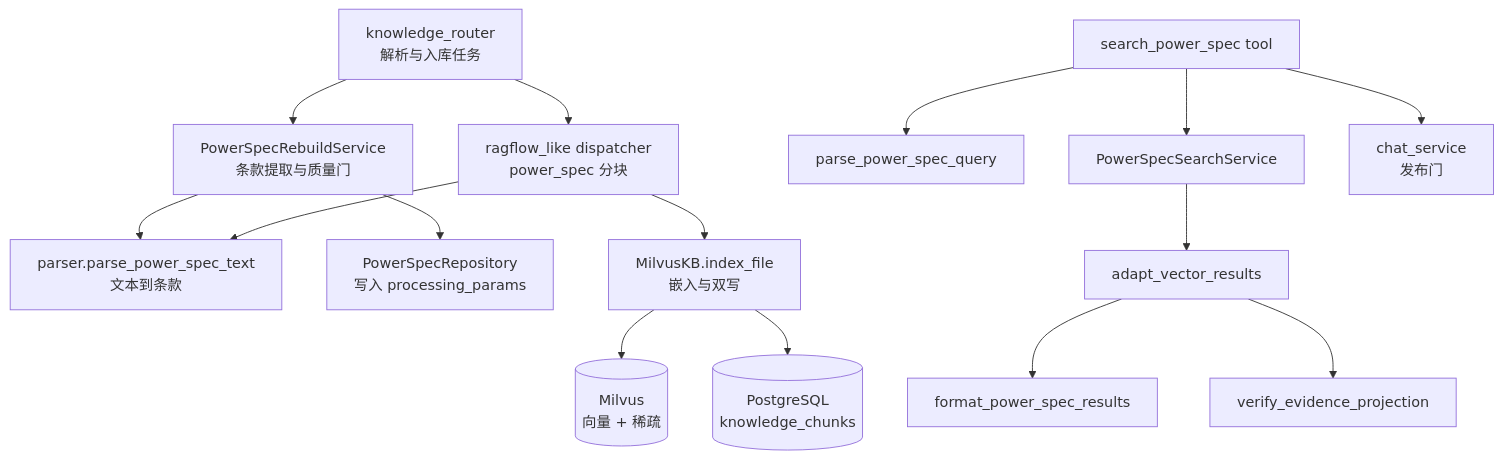
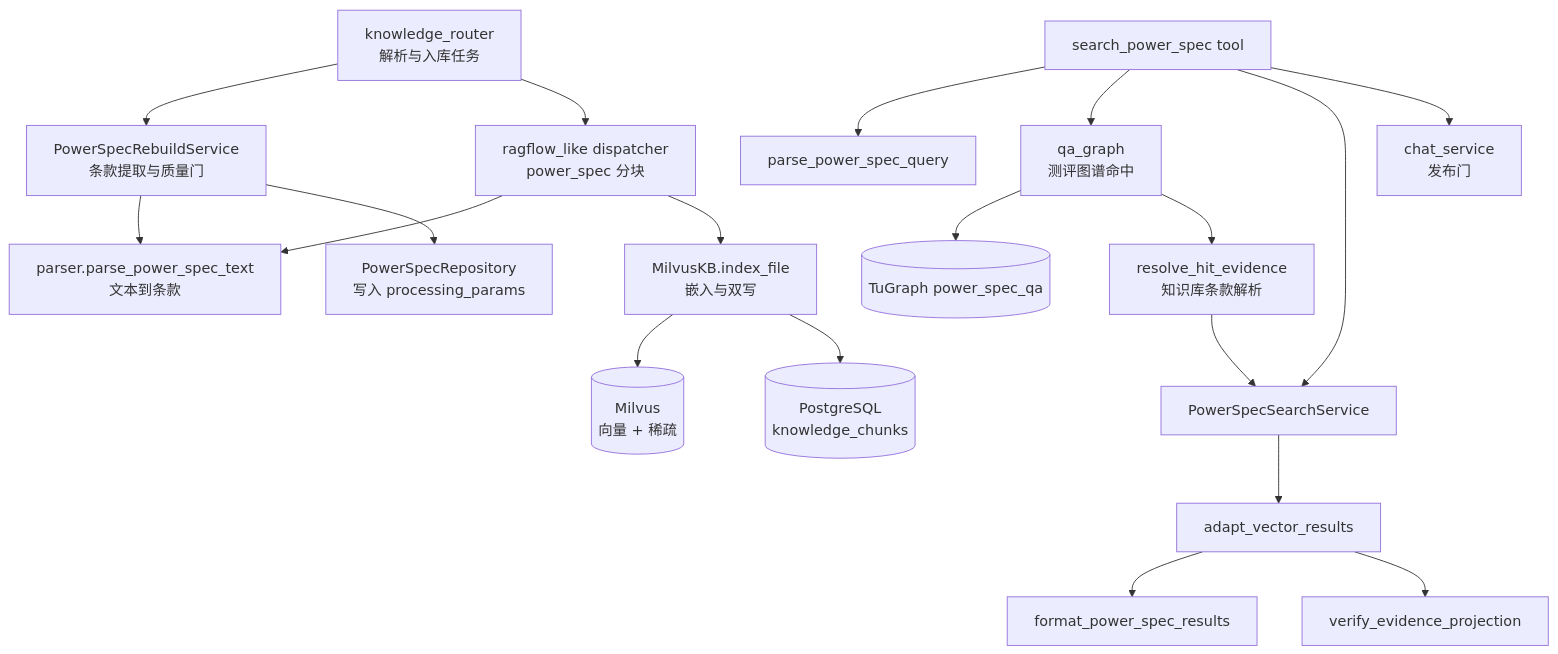
One commit to Seayar/Yuxi changed the first of 2 diagrams in docs/mechanisms/power-spec-retrieval.md. Above: the diagram before and after it, drawn with Mermaid. The commit also changed other lines of this file and 32 other files, not shown here.

First line of the commit message:
feat(knowledge): 电力规范检索增强多路召回、测评图谱、逐题回答与卡片标记

````diff
--- a/docs/mechanisms/power-spec-retrieval.md
+++ b/docs/mechanisms/power-spec-retrieval.md
@@ -17,18 +18,22 @@
 ```mermaid
 graph TD
   A[knowledge_router<br/>解析与入库任务] --> B[PowerSpecRebuildService<br/>条款提取与质量门]
   B --> C[parser.parse_power_spec_text<br/>文本到条款]
   B --> D[PowerSpecRepository<br/>写入 processing_params]
   A --> E[ragflow_like dispatcher<br/>power_spec 分块]
   E --> C
   E --> F[MilvusKB.index_file<br/>嵌入与双写]
   F --> G[(Milvus<br/>向量 + 稀疏)]
   F --> H[(PostgreSQL<br/>knowledge_chunks)]
 
   I[search_power_spec tool] --> J[parse_power_spec_query]
+  I --> P[qa_graph<br/>测评图谱命中]
+  P --> Q[(TuGraph power_spec_qa)]
+  P --> R[resolve_hit_evidence<br/>知识库条款解析]
   I --> K[PowerSpecSearchService]
+  R --> K
   K --> L[adapt_vector_results]
   L --> M[format_power_spec_results]
   L --> N[verify_evidence_projection]
   I --> O[chat_service<br/>发布门]
 ```
````
